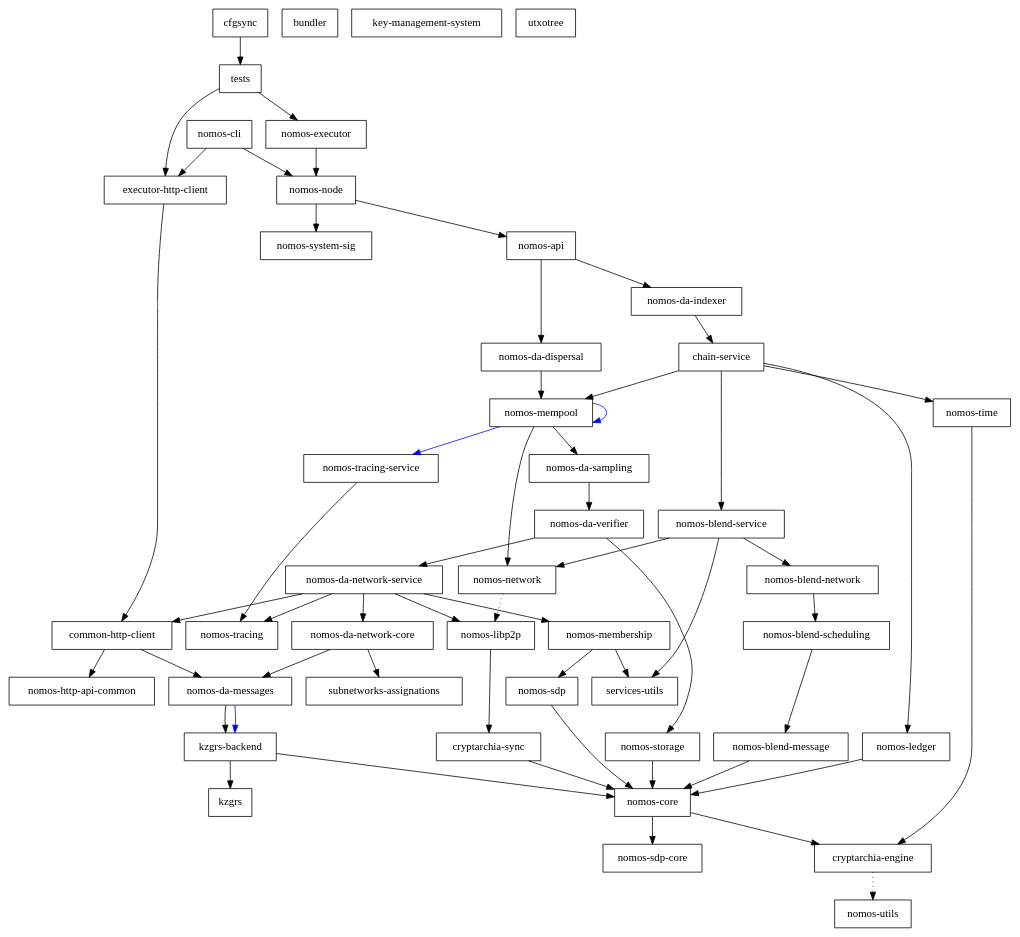
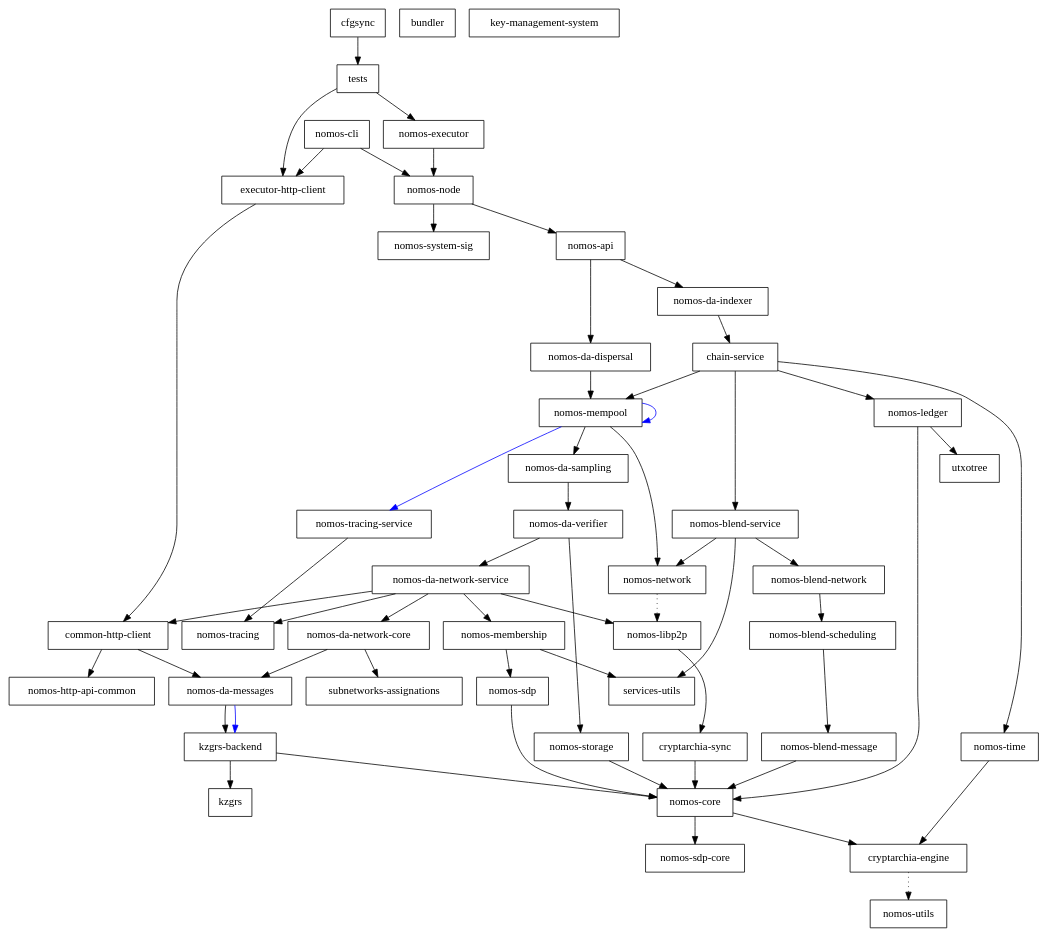
The diagram in dependencies_graph.dot (Astro521/logos-blockchain), drawn with Graphviz before and after one commit. The commit also changed 11 other files, not shown here.

```diff
--- a/dependencies_graph.dot
+++ b/dependencies_graph.dot
@@ -1,102 +1,103 @@
 digraph {
     0 [ label = "cryptarchia-engine" shape = box]
     1 [ label = "nomos-utils" shape = box]
     2 [ label = "cryptarchia-sync" shape = box]
     3 [ label = "nomos-core" shape = box]
     4 [ label = "nomos-sdp-core" shape = box]
     5 [ label = "nomos-ledger" shape = box]
-    6 [ label = "nomos-http-api-common" shape = box]
-    7 [ label = "nomos-executor" shape = box]
-    8 [ label = "kzgrs-backend" shape = box]
-    9 [ label = "kzgrs" shape = box]
-    10 [ label = "nomos-api" shape = box]
-    11 [ label = "chain-service" shape = box]
-    12 [ label = "nomos-blend-service" shape = box]
-    13 [ label = "nomos-blend-message" shape = box]
-    14 [ label = "nomos-blend-network" shape = box]
-    15 [ label = "nomos-blend-scheduling" shape = box]
-    16 [ label = "nomos-libp2p" shape = box]
-    17 [ label = "nomos-network" shape = box]
-    18 [ label = "services-utils" shape = box]
-    19 [ label = "nomos-da-sampling" shape = box]
-    20 [ label = "nomos-da-network-core" shape = box]
-    21 [ label = "nomos-da-messages" shape = box]
-    22 [ label = "subnetworks-assignations" shape = box]
-    23 [ label = "nomos-da-network-service" shape = box]
-    24 [ label = "common-http-client" shape = box]
-    25 [ label = "nomos-membership" shape = box]
-    26 [ label = "nomos-sdp" shape = box]
-    27 [ label = "nomos-tracing" shape = box]
-    28 [ label = "nomos-da-verifier" shape = box]
-    29 [ label = "nomos-storage" shape = box]
-    30 [ label = "nomos-mempool" shape = box]
-    31 [ label = "nomos-tracing-service" shape = box]
-    32 [ label = "nomos-time" shape = box]
-    33 [ label = "nomos-da-dispersal" shape = box]
-    34 [ label = "nomos-da-indexer" shape = box]
-    35 [ label = "nomos-node" shape = box]
-    36 [ label = "nomos-system-sig" shape = box]
-    37 [ label = "executor-http-client" shape = box]
-    38 [ label = "bundler" shape = box]
-    39 [ label = "nomos-cli" shape = box]
-    40 [ label = "key-management-system" shape = box]
-    41 [ label = "cfgsync" shape = box]
-    42 [ label = "tests" shape = box]
-    43 [ label = "utxotree" shape = box]
+    6 [ label = "utxotree" shape = box]
+    7 [ label = "nomos-http-api-common" shape = box]
+    8 [ label = "nomos-executor" shape = box]
+    9 [ label = "kzgrs-backend" shape = box]
+    10 [ label = "kzgrs" shape = box]
+    11 [ label = "nomos-api" shape = box]
+    12 [ label = "chain-service" shape = box]
+    13 [ label = "nomos-blend-service" shape = box]
+    14 [ label = "nomos-blend-message" shape = box]
+    15 [ label = "nomos-blend-network" shape = box]
+    16 [ label = "nomos-blend-scheduling" shape = box]
+    17 [ label = "nomos-libp2p" shape = box]
+    18 [ label = "nomos-network" shape = box]
+    19 [ label = "services-utils" shape = box]
+    20 [ label = "nomos-da-sampling" shape = box]
+    21 [ label = "nomos-da-network-core" shape = box]
+    22 [ label = "nomos-da-messages" shape = box]
+    23 [ label = "subnetworks-assignations" shape = box]
+    24 [ label = "nomos-da-network-service" shape = box]
+    25 [ label = "common-http-client" shape = box]
+    26 [ label = "nomos-membership" shape = box]
+    27 [ label = "nomos-sdp" shape = box]
+    28 [ label = "nomos-tracing" shape = box]
+    29 [ label = "nomos-da-verifier" shape = box]
+    30 [ label = "nomos-storage" shape = box]
+    31 [ label = "nomos-mempool" shape = box]
+    32 [ label = "nomos-tracing-service" shape = box]
+    33 [ label = "nomos-time" shape = box]
+    34 [ label = "nomos-da-dispersal" shape = box]
+    35 [ label = "nomos-da-indexer" shape = box]
+    36 [ label = "nomos-node" shape = box]
+    37 [ label = "nomos-system-sig" shape = box]
+    38 [ label = "executor-http-client" shape = box]
+    39 [ label = "bundler" shape = box]
+    40 [ label = "nomos-cli" shape = box]
+    41 [ label = "key-management-system" shape = box]
+    42 [ label = "cfgsync" shape = box]
+    43 [ label = "tests" shape = box]
     0 -> 1 [ style = dotted]
     2 -> 3 [ ]
     3 -> 0 [ ]
     3 -> 4 [ ]
     5 -> 3 [ ]
-    7 -> 35 [ ]
-    8 -> 9 [ ]
-    8 -> 3 [ ]
-    10 -> 33 [ ]
-    10 -> 34 [ ]
-    11 -> 12 [ ]
-    11 -> 5 [ ]
-    11 -> 30 [ ]
-    11 -> 32 [ ]
-    12 -> 14 [ ]
-    12 -> 17 [ ]
-    12 -> 18 [ ]
-    13 -> 3 [ ]
-    14 -> 15 [ ]
-    15 -> 13 [ ]
-    16 -> 2 [ ]
-    17 -> 16 [ style = dotted]
-    19 -> 28 [ ]
-    20 -> 21 [ ]
-    20 -> 22 [ ]
-    21 -> 8 [ ]
-    21 -> 8 [ color = blue]
-    23 -> 24 [ ]
-    23 -> 20 [ ]
-    23 -> 16 [ ]
-    23 -> 25 [ ]
-    23 -> 27 [ ]
+    5 -> 6 [ ]
+    8 -> 36 [ ]
+    9 -> 10 [ ]
+    9 -> 3 [ ]
+    11 -> 34 [ ]
+    11 -> 35 [ ]
+    12 -> 13 [ ]
+    12 -> 5 [ ]
+    12 -> 31 [ ]
+    12 -> 33 [ ]
+    13 -> 15 [ ]
+    13 -> 18 [ ]
+    13 -> 19 [ ]
+    14 -> 3 [ ]
+    15 -> 16 [ ]
+    16 -> 14 [ ]
+    17 -> 2 [ ]
+    18 -> 17 [ style = dotted]
+    20 -> 29 [ ]
+    21 -> 22 [ ]
+    21 -> 23 [ ]
+    22 -> 9 [ ]
+    22 -> 9 [ color = blue]
+    24 -> 25 [ ]
     24 -> 21 [ ]
-    24 -> 6 [ ]
-    25 -> 26 [ ]
-    25 -> 18 [ ]
-    26 -> 3 [ ]
-    28 -> 23 [ ]
-    28 -> 29 [ ]
-    29 -> 3 [ ]
-    30 -> 19 [ ]
-    30 -> 30 [ color = blue]
-    30 -> 17 [ ]
-    30 -> 31 [ color = blue]
-    31 -> 27 [ ]
-    32 -> 0 [ ]
-    33 -> 30 [ ]
-    34 -> 11 [ ]
-    35 -> 10 [ ]
-    35 -> 36 [ ]
-    37 -> 24 [ ]
-    39 -> 37 [ ]
-    39 -> 35 [ ]
-    41 -> 42 [ ]
-    42 -> 37 [ ]
-    42 -> 7 [ ]
+    24 -> 17 [ ]
+    24 -> 26 [ ]
+    24 -> 28 [ ]
+    25 -> 22 [ ]
+    25 -> 7 [ ]
+    26 -> 27 [ ]
+    26 -> 19 [ ]
+    27 -> 3 [ ]
+    29 -> 24 [ ]
+    29 -> 30 [ ]
+    30 -> 3 [ ]
+    31 -> 20 [ ]
+    31 -> 31 [ color = blue]
+    31 -> 18 [ ]
+    31 -> 32 [ color = blue]
+    32 -> 28 [ ]
+    33 -> 0 [ ]
+    34 -> 31 [ ]
+    35 -> 12 [ ]
+    36 -> 11 [ ]
+    36 -> 37 [ ]
+    38 -> 25 [ ]
+    40 -> 38 [ ]
+    40 -> 36 [ ]
+    42 -> 43 [ ]
+    43 -> 38 [ ]
+    43 -> 8 [ ]
 }
```
